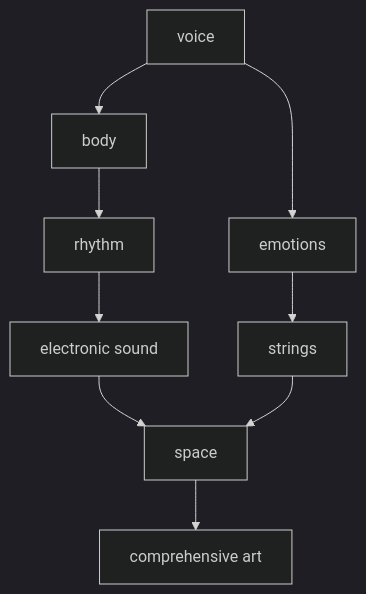
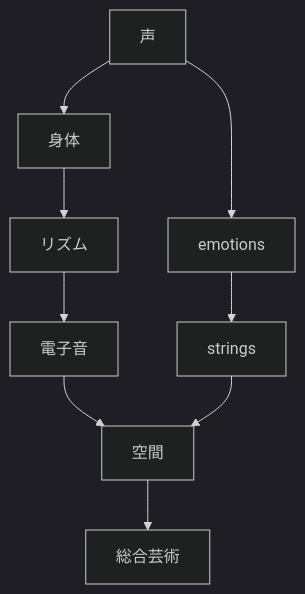
Before and after one commit to monumental-movement/monumental-movement.github.io: the second of 2 diagrams in en/_posts/2026-04-11-column-bjork.md, drawn with Mermaid (dark theme). The commit also changed other lines of this file and 2196 other files, not shown here.

```diff
--- a/en/_posts/2026-04-11-column-bjork.md
+++ b/en/_posts/2026-04-11-column-bjork.md
@@ -162,11 +162,11 @@
 <div class="mermaid">
 flowchart TD
-A[voice] --> B[emotions]
-A --> C[body]
-C --> D[rhythm]
-D --> E[electronic sound]
+A[声] --> B[emotions]
+A --> C[身体]
+C --> D[リズム]
+D --> E[電子音]
 B --> F[strings]
-E --> G[space]
+E --> G[空間]
 F --> G
-G --> H[comprehensive art]
+G --> H[総合芸術]
 </div>
```
